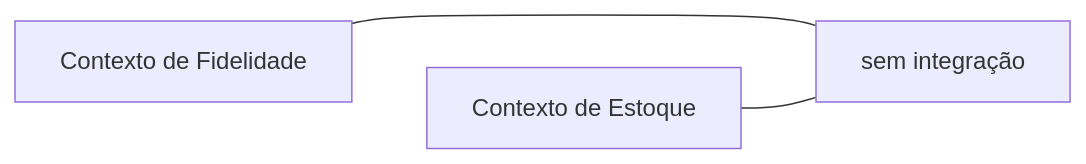
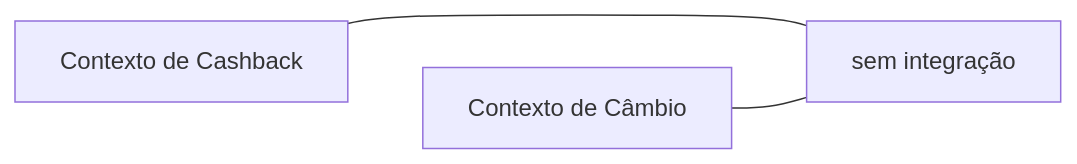
Before and after one commit to alancesar/design-patterns: the diagram in docs/design/ddd/context-mapping/separate-ways.md, drawn with Mermaid. The commit also changed other lines of this file and 67 other files, not shown here.

First line of the commit message:
Switch DDD examples and diagrams to fintech scenarios

````diff
--- a/docs/design/ddd/context-mapping/separate-ways.md
+++ b/docs/design/ddd/context-mapping/separate-ways.md
@@ -54,6 +54,6 @@
 ```mermaid
 flowchart LR
-    A["Contexto de Fidelidade"] ~~~ B["Contexto de Estoque"]
+    A["Contexto de Cashback"] ~~~ B["Contexto de Câmbio"]
     A --- X["sem integração"]
     B --- X
 ```
````
